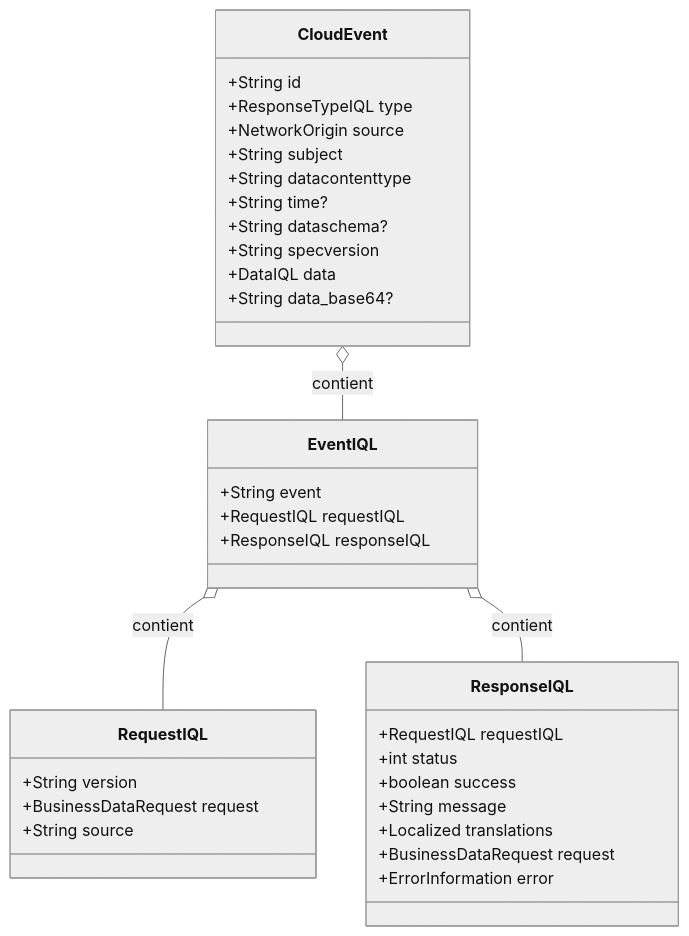
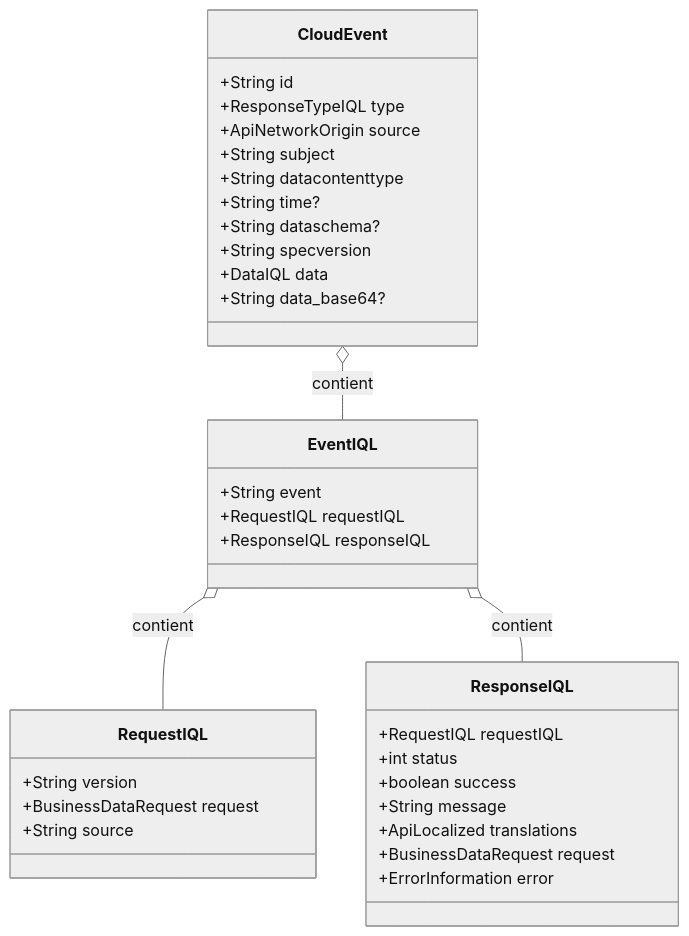
The second of 3 diagrams in README_IQL.md (dmpvost/iql-core), drawn with Mermaid (neutral theme) before and after one commit. The commit also changed other lines of this file and 8 other files, not shown here.

`````diff
--- a/README_IQL.md
+++ b/README_IQL.md
@@ -346,38 +346,38 @@
 ```mermaid
 classDiagram
     class CloudEvent {
         +String id
         +ResponseTypeIQL type
-        +NetworkOrigin source
+        +ApiNetworkOrigin source
         +String subject
         +String datacontenttype
         +String time?
         +String dataschema?
         +String specversion
         +DataIQL data
         +String data_base64?
     }
     class EventIQL {
         +String event
         +RequestIQL requestIQL
         +ResponseIQL responseIQL
     }
     class RequestIQL {
         +String version
         +BusinessDataRequest request
         +String source
     }
     class ResponseIQL {
         +RequestIQL requestIQL
         +int status
         +boolean success
         +String message
-        +Localized translations
+        +ApiLocalized translations
         +BusinessDataRequest request
         +ErrorInformation error
     }
 
     CloudEvent o-- EventIQL: contient
     EventIQL o-- RequestIQL: contient
     EventIQL o-- ResponseIQL: contient
 ````
`````
